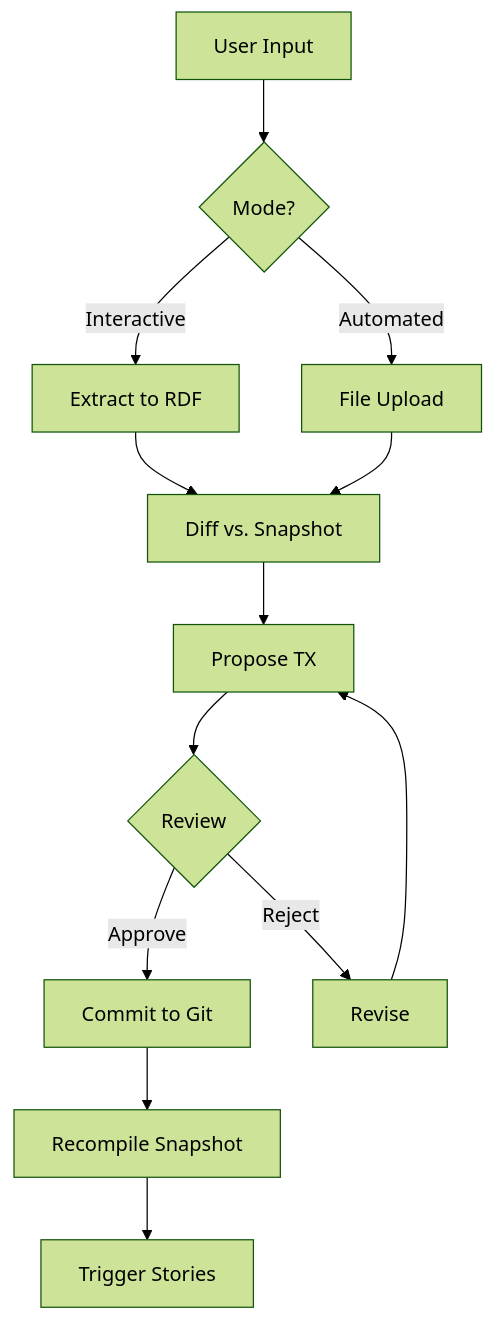
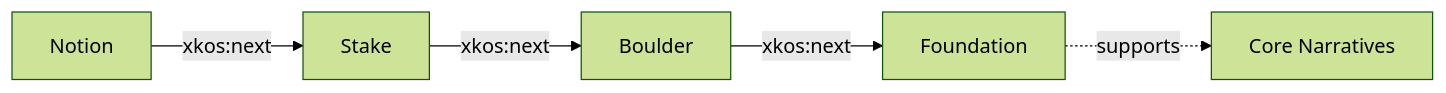
The fifth of 7 diagrams in presenter.md (Synthetic-Identity-Co/conj-talk-2025), drawn with Mermaid (forest theme) before and after one commit. The commit also changed other lines of this file, not shown here.

````diff
--- a/presenter.md
+++ b/presenter.md
@@ -273,15 +211,7 @@
 ```mermaid
-flowchart TD
-    A[User Input] --> B{Mode?}
-    B -->|Interactive| C[Extract to RDF]
-    B -->|Automated| D[File Upload]
-    C --> E[Diff vs. Snapshot]
-    D --> E
-    E --> F[Propose TX]
-    F --> G{Review}
-    G -->|Approve| H[Commit to Git]
-    G -->|Reject| I[Revise]
-    I --> F
-    H --> J[Recompile Snapshot]
-    J --> K[Trigger Stories]
+graph LR
+    A[Notion] -->|xkos:next| B[Stake]
+    B -->|xkos:next| C[Boulder]
+    C -->|xkos:next| D[Foundation]
+    D -.->|supports| E[Core Narratives]
 ```
````
